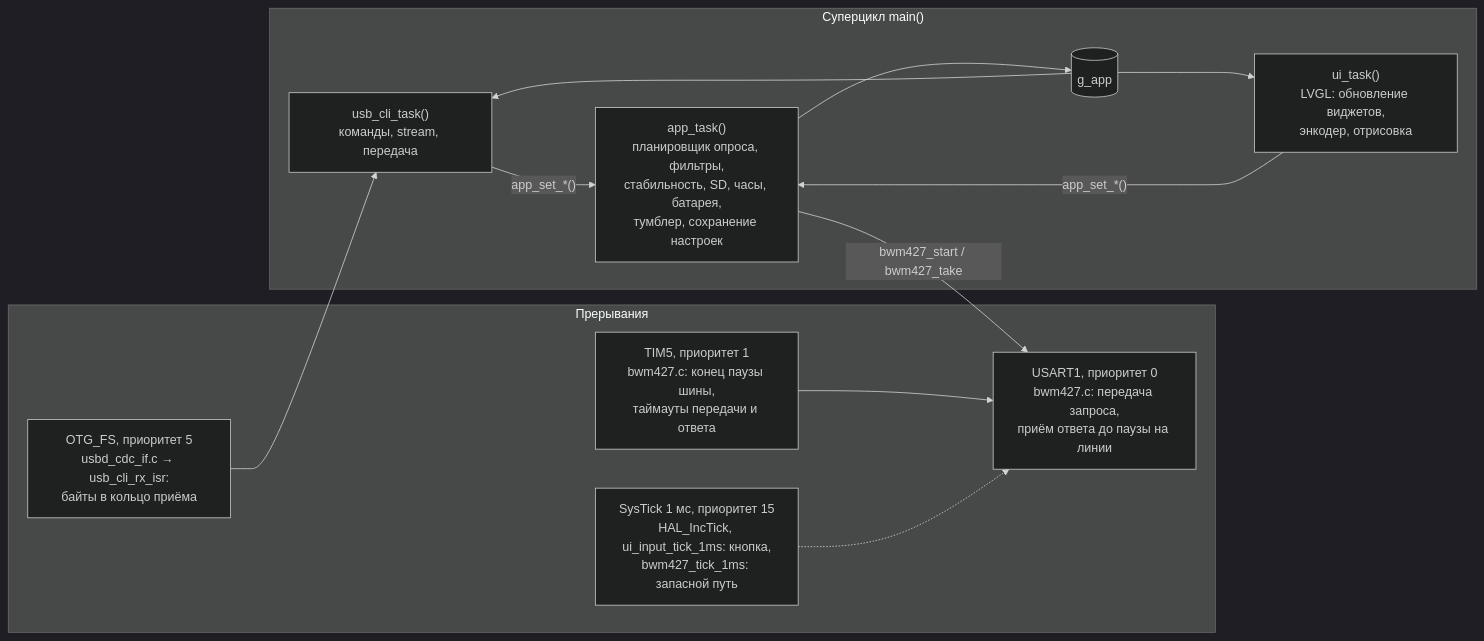
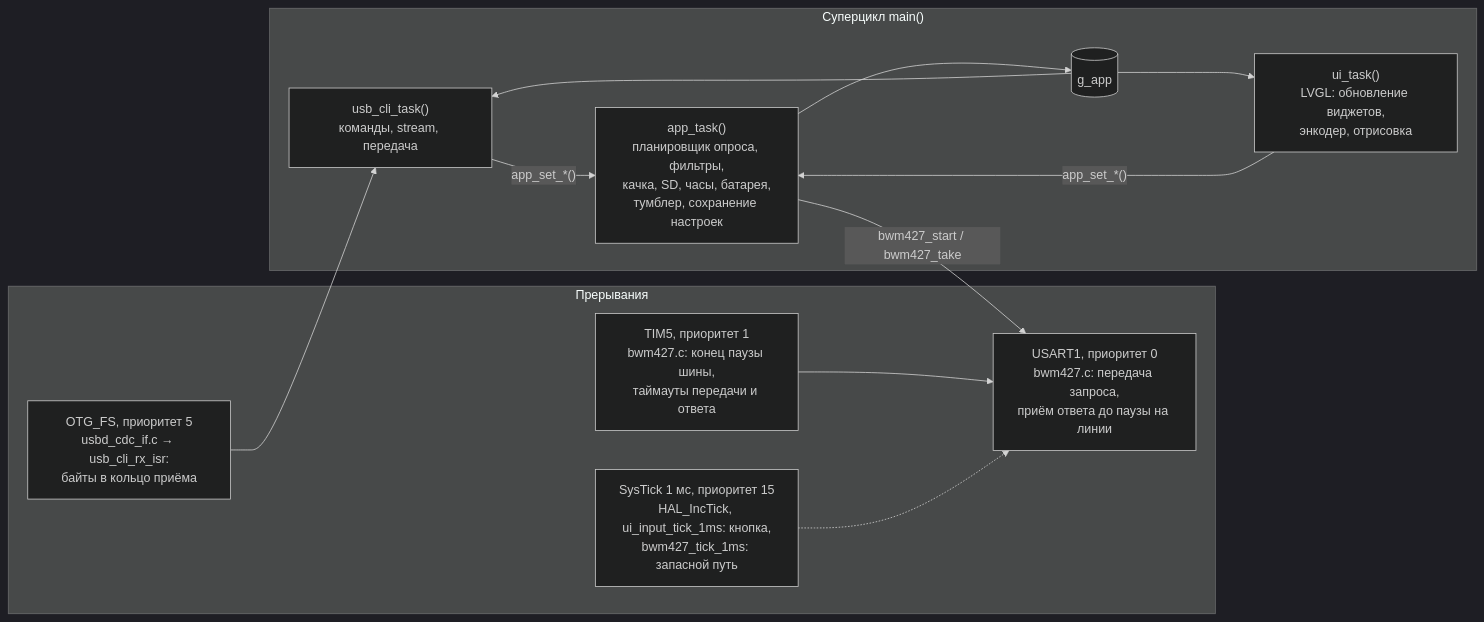
The diagram in README.md (Sasavn/heel-test-inclinometer), drawn with Mermaid (dark theme) before and after one commit. The commit also changed other lines of this file and 37 other files, not shown here.

````diff
--- a/README.md
+++ b/README.md
@@ -117,24 +134,24 @@
 ```mermaid
 flowchart LR
   subgraph IRQ["Прерывания"]
     U["USART1, приоритет 0<br/>bwm427.c: передача запроса,<br/>приём ответа до паузы на линии"]
     B["TIM5, приоритет 1<br/>bwm427.c: конец паузы шины,<br/>таймауты передачи и ответа"]
     O["OTG_FS, приоритет 5<br/>usbd_cdc_if.c → usb_cli_rx_isr:<br/>байты в кольцо приёма"]
     T["SysTick 1 мс, приоритет 15<br/>HAL_IncTick, ui_input_tick_1ms: кнопка,<br/>bwm427_tick_1ms: запасной путь"]
   end
   subgraph LOOP["Суперцикл main()"]
-    A["app_task()<br/>планировщик опроса, фильтры,<br/>стабильность, SD, часы, батарея,<br/>тумблер, сохранение настроек"]
+    A["app_task()<br/>планировщик опроса, фильтры,<br/>качка, SD, часы, батарея,<br/>тумблер, сохранение настроек"]
     G[("g_app")]
     UI["ui_task()<br/>LVGL: обновление виджетов,<br/>энкодер, отрисовка"]
     C["usb_cli_task()<br/>команды, stream, передача"]
   end
   A -- "bwm427_start / bwm427_take" --> U
   B --> U
   T -.-> U
   A --> G
   G --> UI
   G --> C
   O --> C
   UI -- "app_set_*()" --> A
   C -- "app_set_*()" --> A
 ```
````
